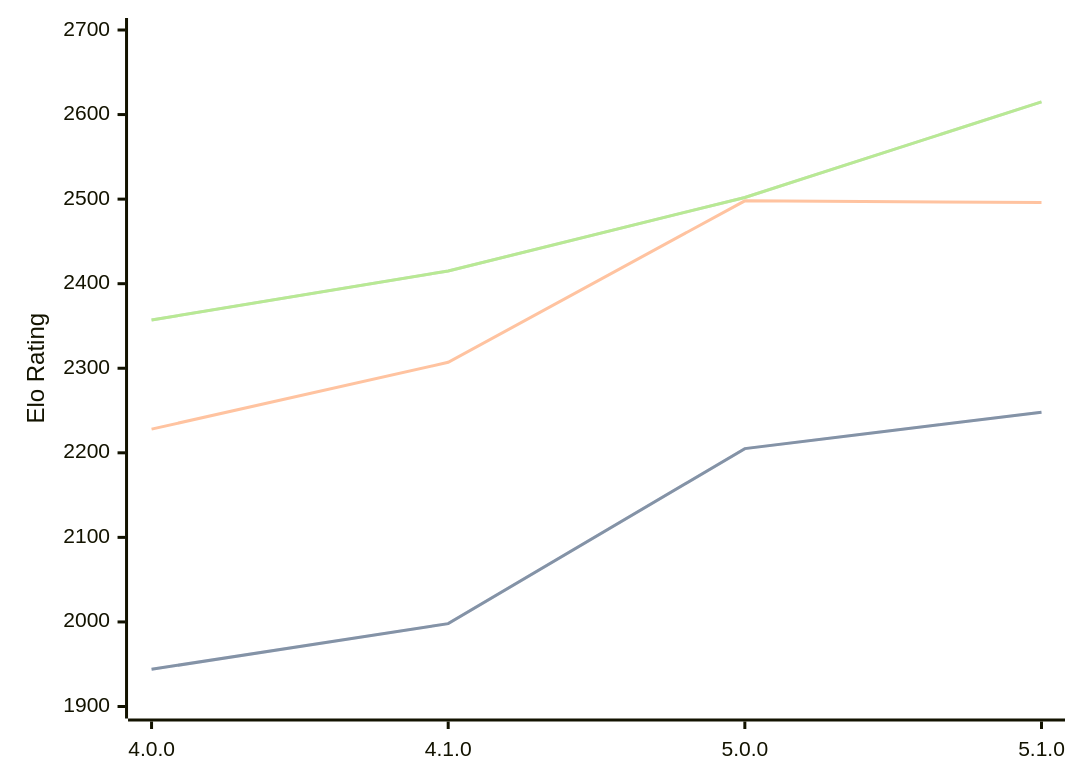
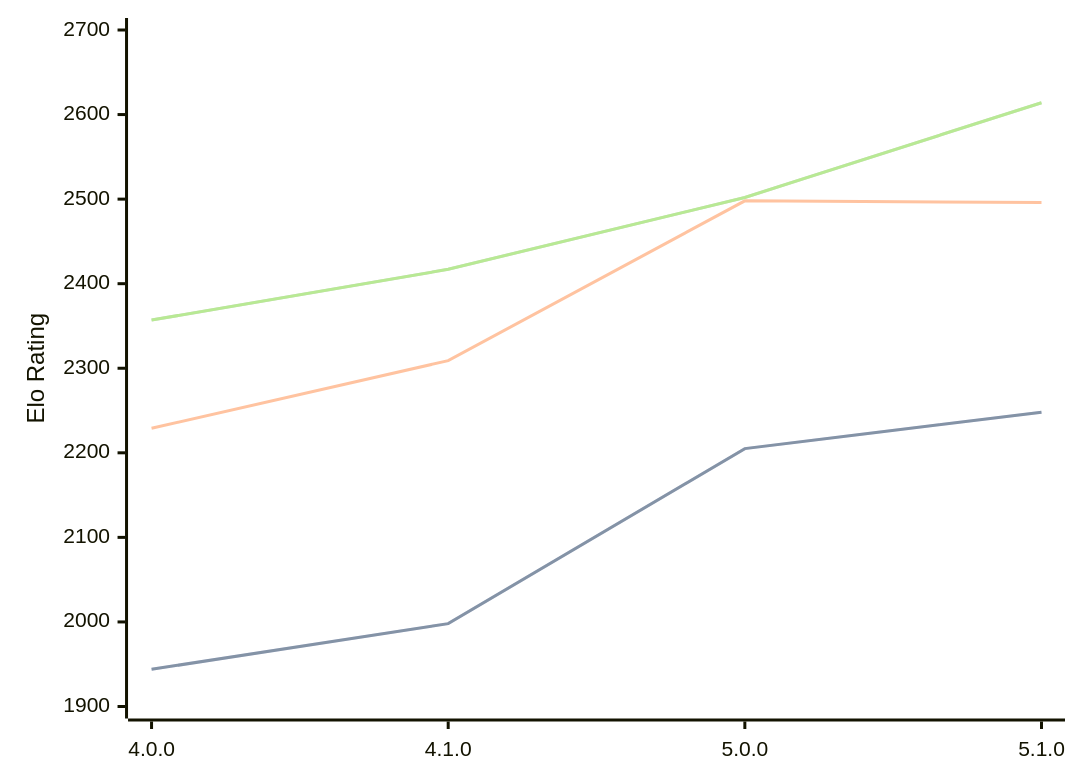
Before and after one commit to computer-chess-index/cci: the diagram in engines/Aconcagua.md, drawn with Mermaid. The commit also changed other lines of this file, not shown here.

Commit message:
Update CCI Ratings (ELO VLTC) - 2026-05-04

````diff
--- a/engines/Aconcagua.md
+++ b/engines/Aconcagua.md
@@ -43,11 +43,11 @@
 ```mermaid
 %%{init: {"theme":"base","themeVariables":{"seriesColors:['#a3a3a3','#222221','#faa371']}}}%%
 xychart-beta
   x-axis ["4.0.0", "4.1.0", "5.0.0", "5.1.0"]
   y-axis "Elo Rating" 1900 --> 2700
   line "STC (8.0+0.08s)" [1944, 1998, 2205, 2248]
   line "STC (8.0+0.08s)" [1944, 1998, 2205, 2248]
-  line "LTC (60.0+0.60s)" [2228, 2307, 2498, 2496]
-  line "VLTC (2m24s+1.12s)" [2357, 2415, 2502, 2615]
-  line "VLTC (2m24s+1.12s)" [2357, 2415, 2502, 2615]
+  line "LTC (60.0+0.60s)" [2229, 2309, 2498, 2496]
+  line "VLTC (2m24s+1.12s)" [2357, 2417, 2502, 2614]
+  line "VLTC (2m24s+1.12s)" [2357, 2417, 2502, 2614]
 ```
````
